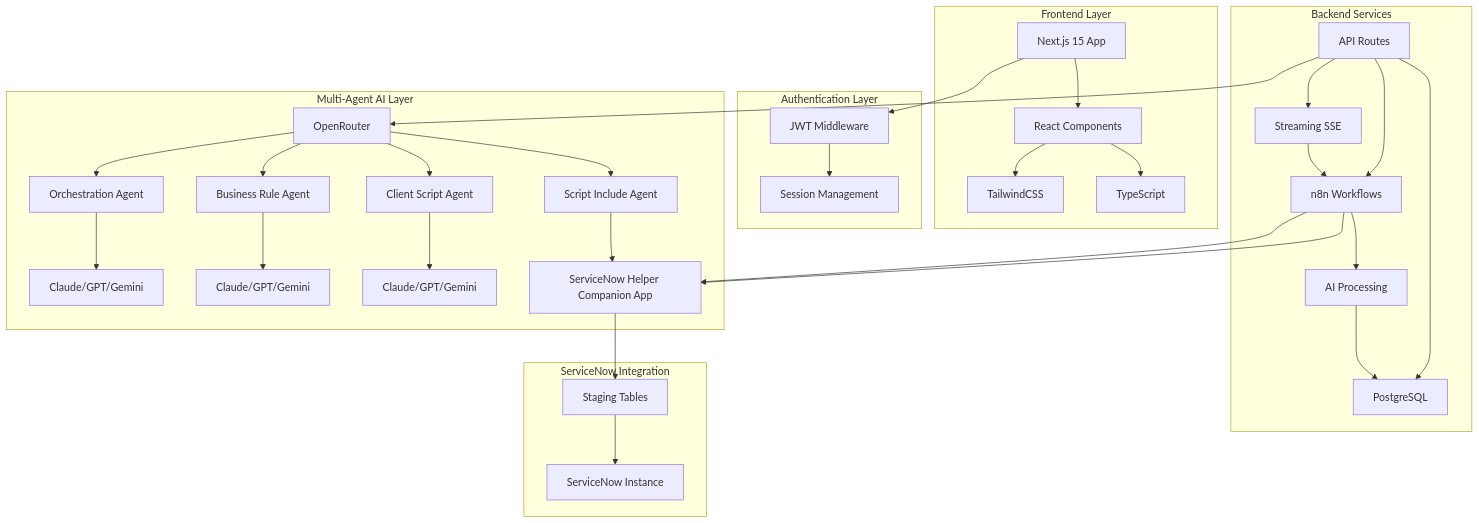
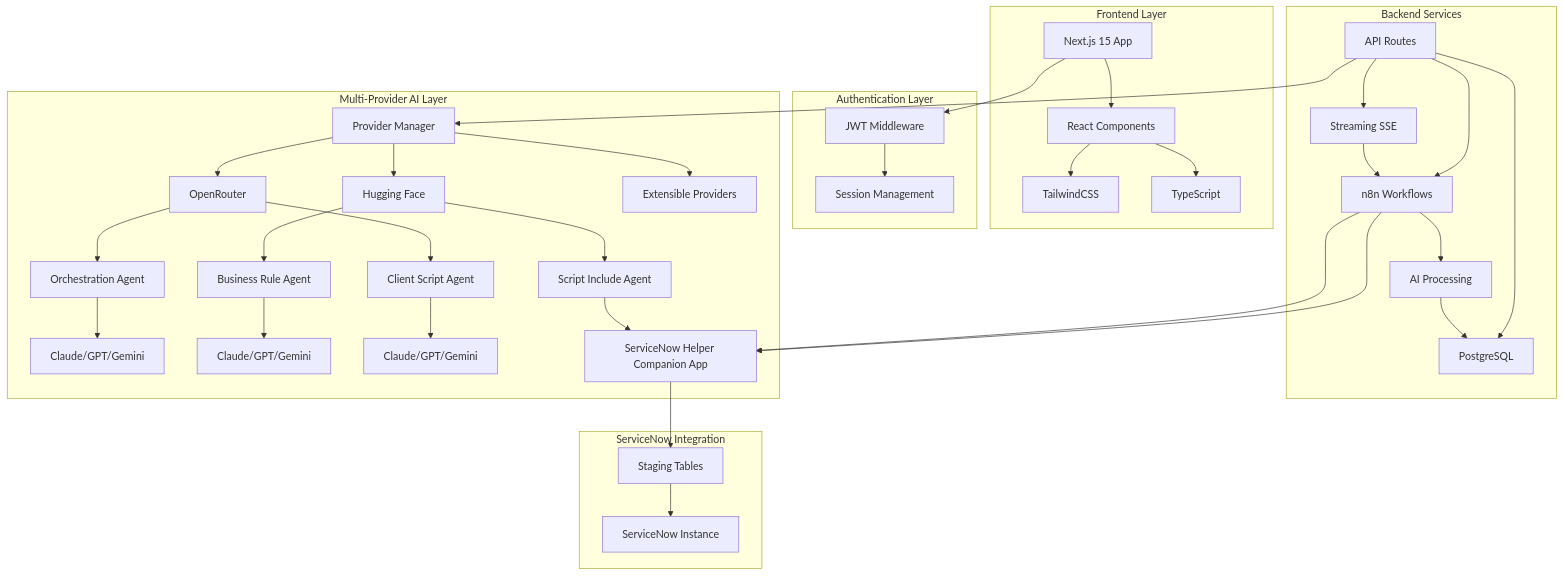
One commit to DanielMadsenDK/servicenow-helper changed the first of 2 diagrams in README.md. Above: the diagram before and after it, drawn with Mermaid. The commit also changed other lines of this file and 8 other files, not shown here.

Commit message:
feat: Enhance multi-provider support and improve documentation for AI provider management

````diff
--- a/README.md
+++ b/README.md
@@ -64,42 +64,45 @@
 ```mermaid
 graph TB
     subgraph "Frontend Layer"
         A[Next.js 15 App] --> B[React Components]
         B --> C[TailwindCSS]
         B --> D[TypeScript]
     end
     
     subgraph "Authentication Layer"
         E[JWT Middleware] --> F[Session Management]
     end
     
     subgraph "Backend Services"
         H[API Routes] --> I[n8n Workflows]
         H --> G[Streaming SSE]
         I --> J[AI Processing]
         G --> I
         H --> K[PostgreSQL]
     end
     
-    subgraph "Multi-Agent AI Layer"
-        L[OpenRouter] --> M[Orchestration Agent]
-        L --> N[Business Rule Agent]
-        L --> O[Client Script Agent]
-        L --> SI[Script Include Agent]
+    subgraph "Multi-Provider AI Layer"
+        L[Provider Manager] --> OR[OpenRouter]
+        L --> HF[Hugging Face]
+        L --> EX[Extensible Providers]
+        OR --> M[Orchestration Agent]
+        HF --> N[Business Rule Agent]
+        OR --> O[Client Script Agent]
+        HF --> SI[Script Include Agent]
         M --> P[Claude/GPT/Gemini]
         N --> Q[Claude/GPT/Gemini]
         O --> R[Claude/GPT/Gemini]
         SI --> S[Claude/GPT/Gemini]
     end
     
     subgraph "ServiceNow Integration"
         S[ServiceNow Helper Companion App] --> T[Staging Tables]
         T --> U[ServiceNow Instance]
         I --> S
     end
     
     A --> E
     H --> L
     J --> K
     I --> S
 ```
````
